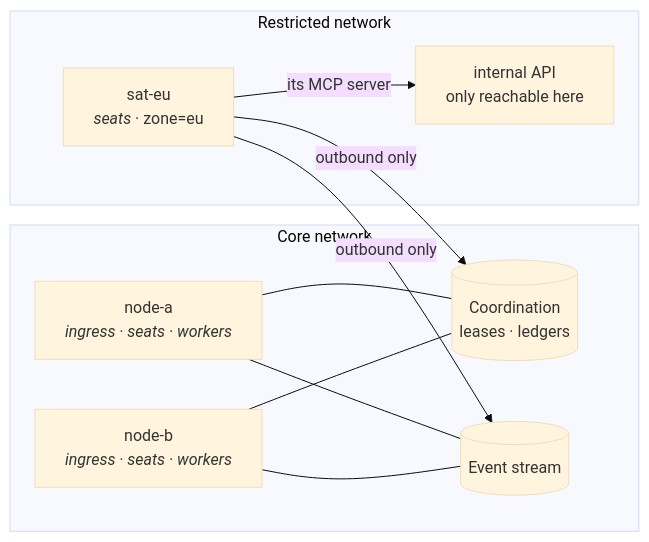
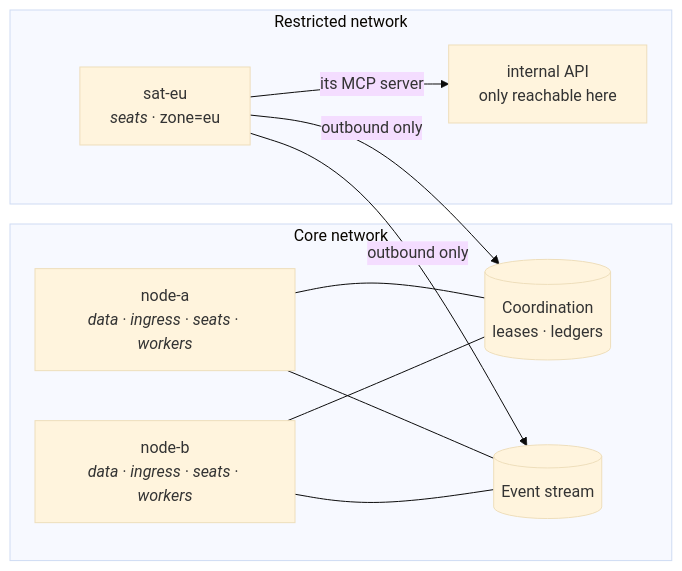
Before and after one commit to crewlet/crewlet: the diagram in docs/guides/satellite-nodes.md, drawn with Mermaid (base theme). The commit also changed other lines of this file and 67 other files, not shown here.

````diff
--- a/docs/guides/satellite-nodes.md
+++ b/docs/guides/satellite-nodes.md
@@ -48,20 +63,20 @@
 ```mermaid
 flowchart LR
     subgraph core["Core network"]
-        C1["node-a<br/><i>ingress · seats · workers</i>"]
-        C2["node-b<br/><i>ingress · seats · workers</i>"]
+        C1["node-a<br/><i>data · ingress · seats · workers</i>"]
+        C2["node-b<br/><i>data · ingress · seats · workers</i>"]
         KV[("Coordination<br/>leases · ledgers")]
         MQ[("Event stream")]
     end
     subgraph zone["Restricted network"]
         S["sat-eu<br/><i>seats</i> · zone=eu"]
         API["internal API<br/>only reachable here"]
         S -->|its MCP server| API
     end
     C1 --- KV
     C2 --- KV
     C1 --- MQ
     C2 --- MQ
     S -->|outbound only| KV
     S -->|outbound only| MQ
 ```
````
